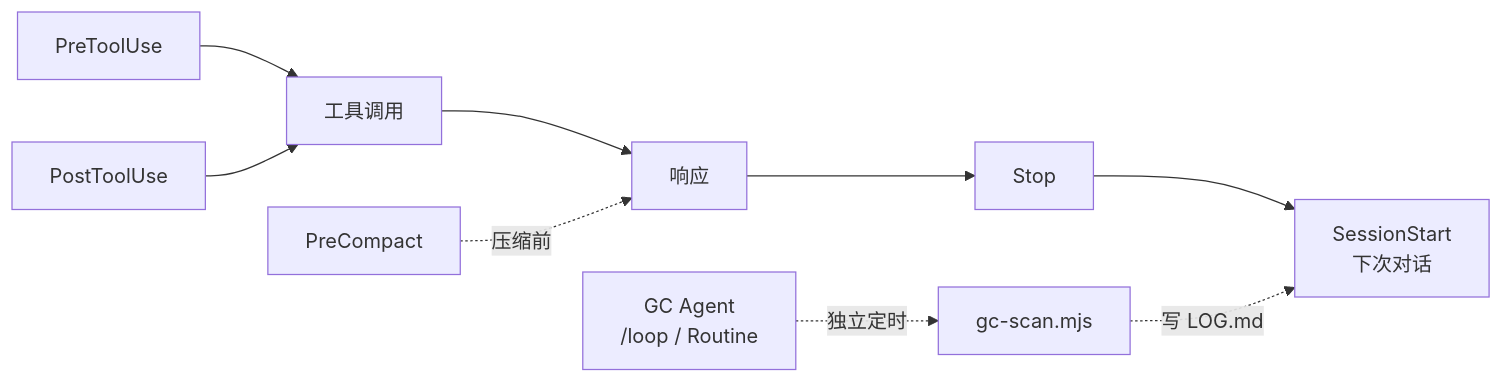
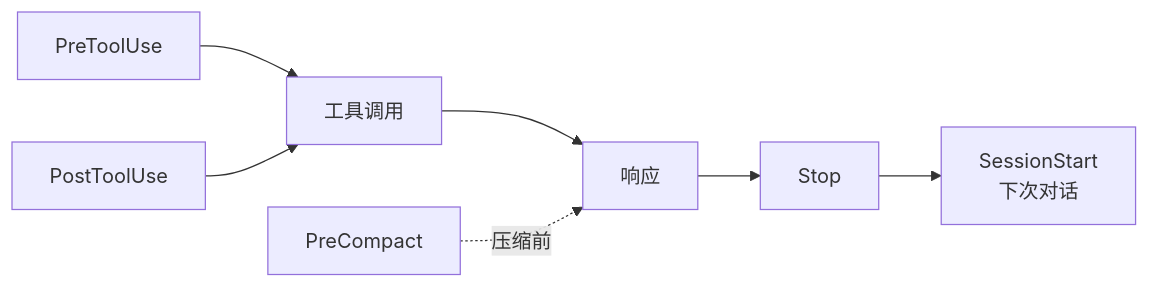
One commit to chenklein26-maker/Harness-Starter changed the diagram in README.md. Above: the diagram before and after it, drawn with Mermaid. The commit also changed other lines of this file and 1 other file, not shown here.

Commit message:
docs: mark GC Agent as L4 advanced feature, clarify for beginners

````diff
--- a/README.md
+++ b/README.md
@@ -75,11 +75,9 @@
 ```mermaid
 flowchart LR
   A[PreToolUse] --> B[工具调用]
   C[PostToolUse] --> B
   B --> D[响应]
   D --> E[Stop]
   E --> F[SessionStart<br/>下次对话]
   G[PreCompact] -.->|压缩前| D
-  H[GC Agent<br/>/loop / Routine] -.->|独立定时| I[gc-scan.mjs]
-  I -.->|写 LOG.md| F
 ```
````
